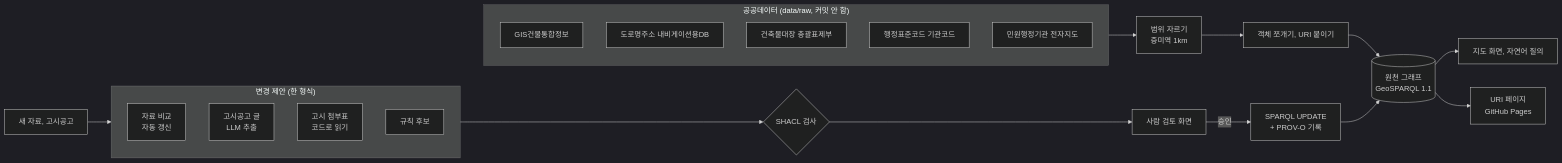
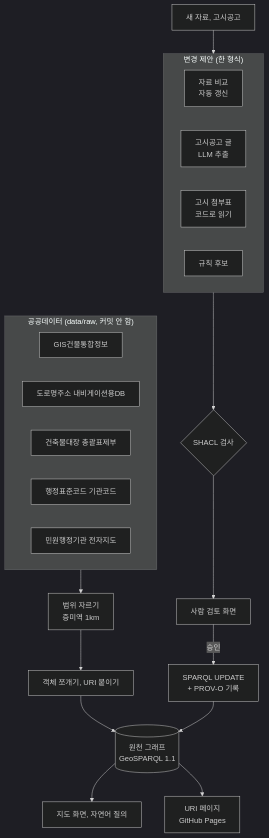
The diagram in README.md (yeodh10/jeungmi-geokg), drawn with Mermaid (dark theme) before and after one commit.

Commit message:
README 구조 그림을 위에서 아래로 (좁은 화면에서 읽기 쉽게)

````diff
--- a/README.md
+++ b/README.md
@@ -39,26 +39,26 @@
 ```mermaid
-flowchart LR
+flowchart TB
   subgraph SRC["공공데이터 (data/raw, 커밋 안 함)"]
     A1[GIS건물통합정보]
     A2[도로명주소 내비게이션용DB]
     A3[건축물대장 총괄표제부]
     A4[행정표준코드 기관코드]
     A5[민원행정기관 전자지도]
   end
   SRC --> B[범위 자르기<br>증미역 1km]
   B --> C[객체 쪼개기, URI 붙이기]
   C --> D[(원천 그래프<br>GeoSPARQL 1.1)]
   subgraph PROP["변경 제안 (한 형식)"]
     P1[자료 비교<br>자동 갱신]
     P2[고시공고 글<br>LLM 추출]
     P3[고시 첨부표<br>코드로 읽기]
     P4[규칙 후보]
   end
   N[새 자료, 고시공고] --> PROP
   PROP --> S{SHACL 검사}
   S --> R[사람 검토 화면]
   R -- 승인 --> U[SPARQL UPDATE<br>+ PROV-O 기록]
   U --> D
   D --> M[지도 화면, 자연어 질의]
   D --> W[URI 페이지<br>GitHub Pages]
 ```
````
